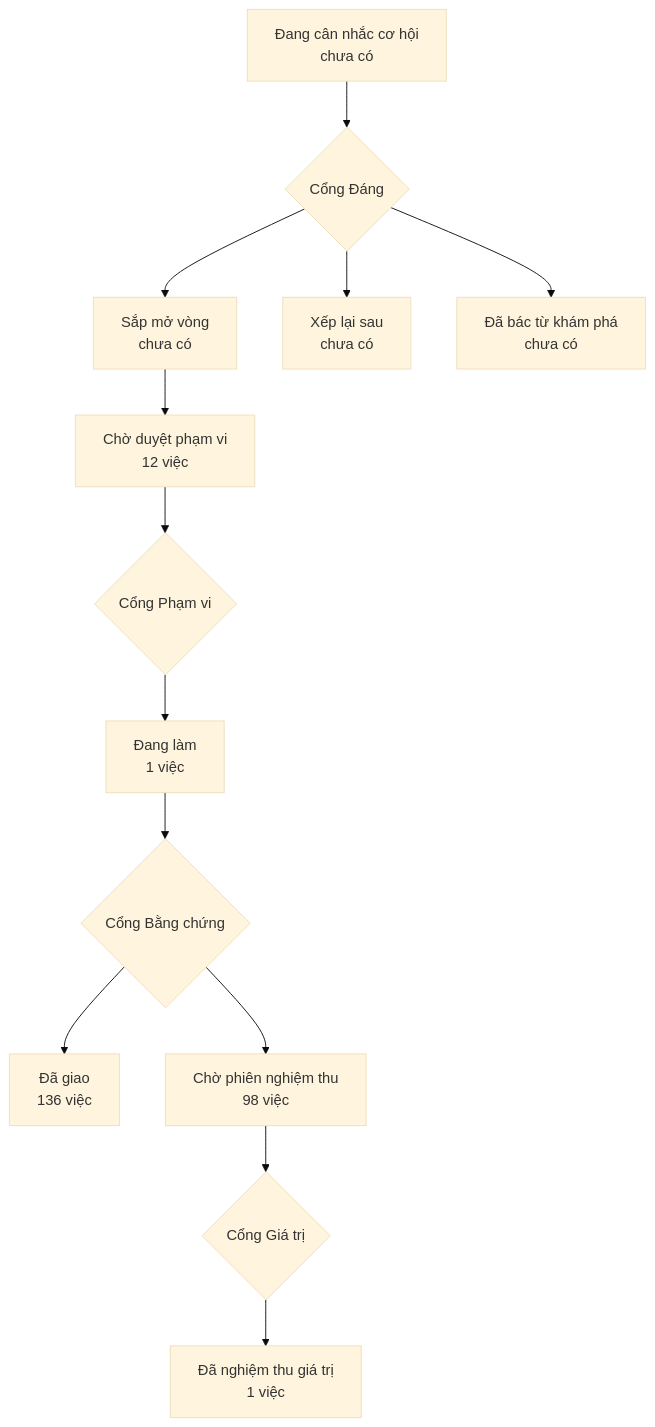
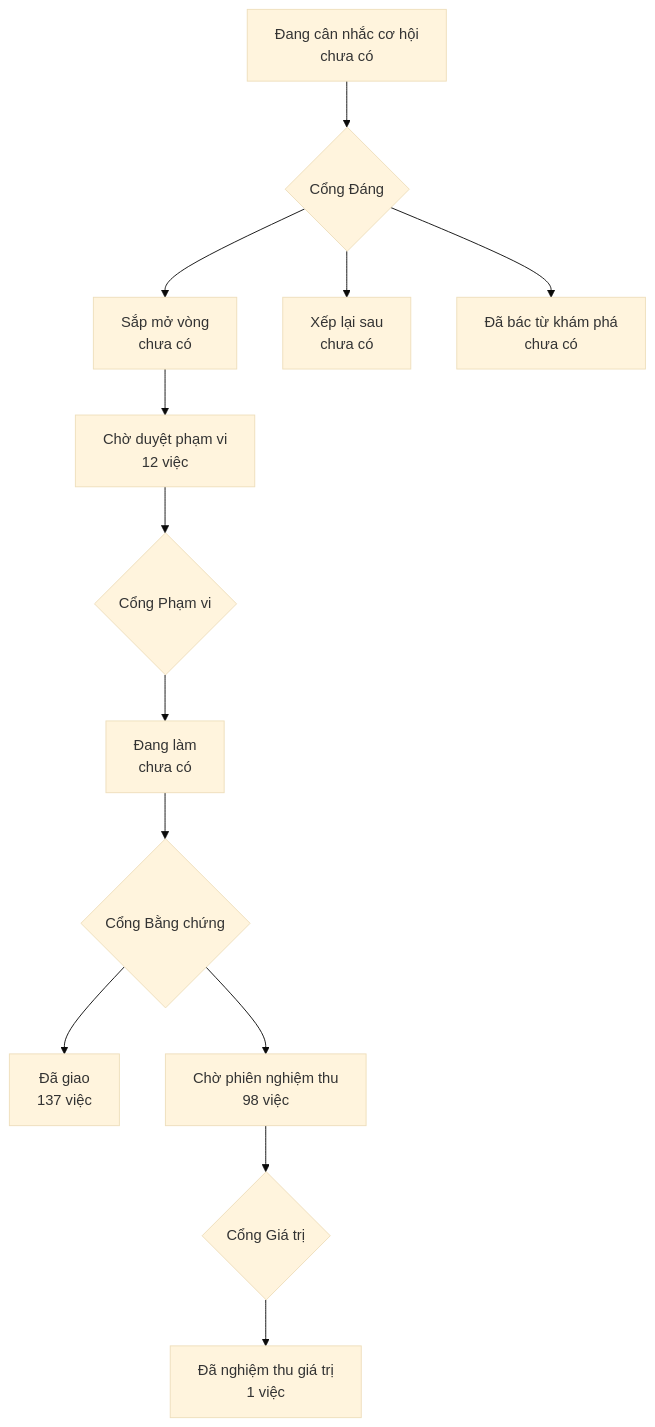
The diagram in PRODUCT-MAP.md (phanlemanh/onehub-invest), drawn with Mermaid (base theme) before and after one commit. The commit also changed other lines of this file and 4 other files, not shown here.

````diff
--- a/PRODUCT-MAP.md
+++ b/PRODUCT-MAP.md
@@ -7,12 +7,12 @@
 ```mermaid
 flowchart TD
   A["Đang cân nhắc cơ hội<br/>chưa có"] --> GD{"Cổng Đáng"}
   GD --> B["Sắp mở vòng<br/>chưa có"]
   GD --> XL["Xếp lại sau<br/>chưa có"]
   GD --> DB["Đã bác từ khám phá<br/>chưa có"]
   B --> CD["Chờ duyệt phạm vi<br/>12 việc"] --> GP{"Cổng Phạm vi"}
-  GP --> DL["Đang làm<br/>1 việc"] --> GB{"Cổng Bằng chứng"}
-  GB --> DG["Đã giao<br/>136 việc"]
+  GP --> DL["Đang làm<br/>chưa có"] --> GB{"Cổng Bằng chứng"}
+  GB --> DG["Đã giao<br/>137 việc"]
   GB --> CN["Chờ phiên nghiệm thu<br/>98 việc"] --> GG{"Cổng Giá trị"}
   GG --> NT["Đã nghiệm thu giá trị<br/>1 việc"]
 ```
````
